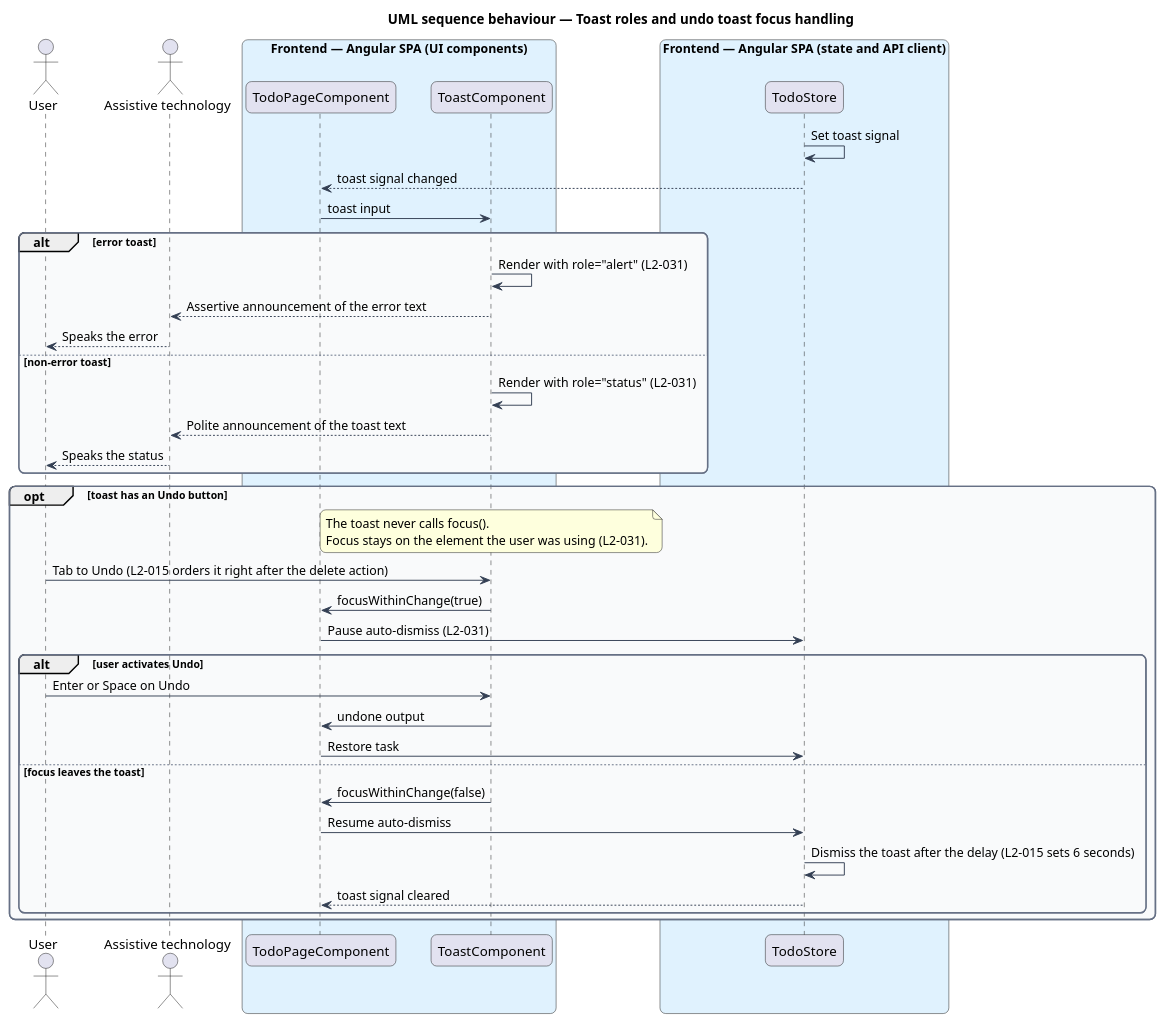
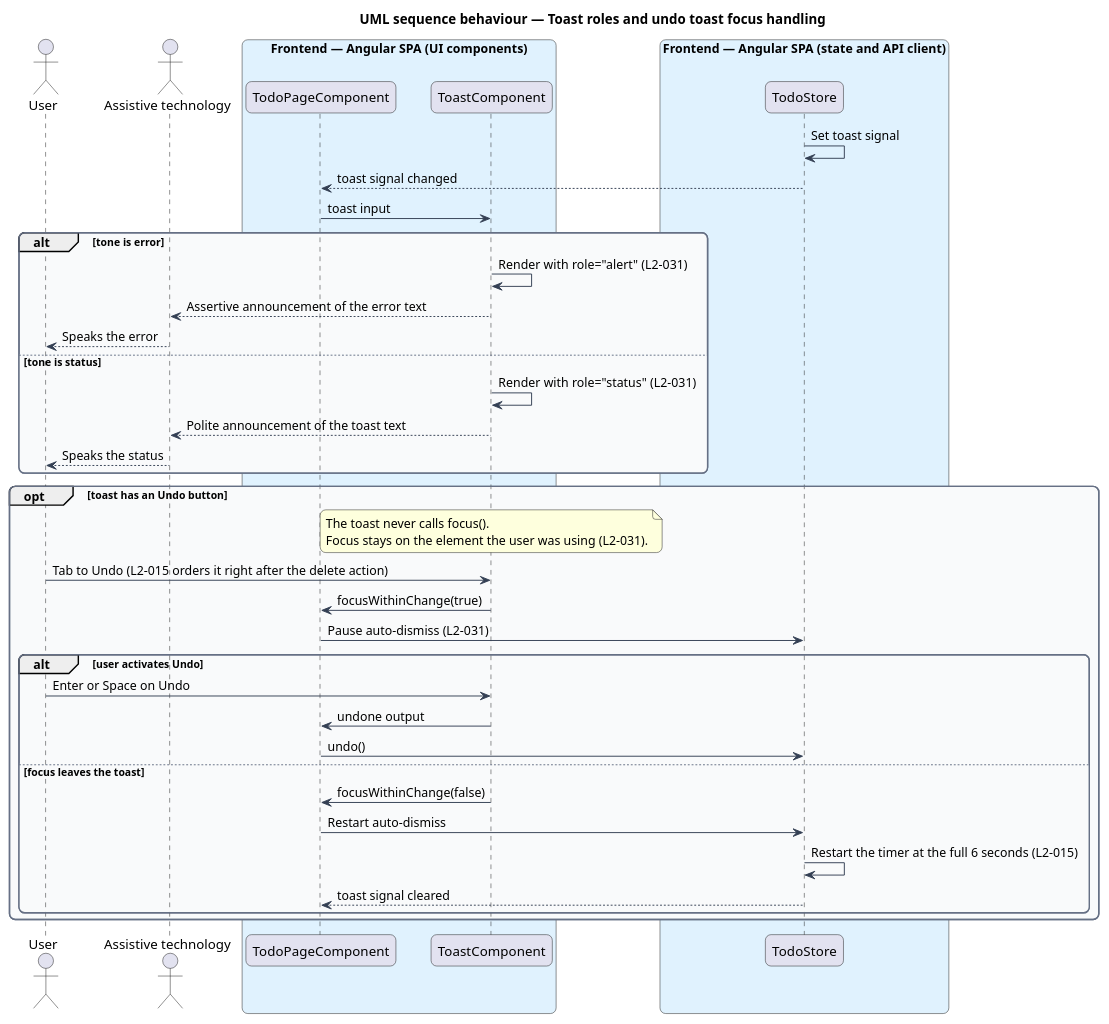
One commit to QuinntyneBrown/php-todo-lab changed the diagram in docs/detailed-designs/interface/accessible-interface/diagrams/sequence-toast-roles-and-focus.puml. Above: the diagram before and after it, drawn with PlantUML. The commit also changed 189 other files, not shown here.

```diff
--- a/docs/detailed-designs/interface/accessible-interface/diagrams/sequence-toast-roles-and-focus.puml
+++ b/docs/detailed-designs/interface/accessible-interface/diagrams/sequence-toast-roles-and-focus.puml
@@ -1,57 +1,57 @@
 @startuml
 title UML sequence behaviour — Toast roles and undo toast focus handling
 skinparam backgroundColor #FFFFFF
 skinparam shadowing false
 skinparam roundcorner 12
 skinparam defaultFontName Arial
 skinparam ArrowColor #344054
 skinparam rectangle {
   BorderColor #344054
   FontColor #101828
 }
 skinparam package {
   BorderColor #667085
   FontColor #101828
   BackgroundColor #F9FAFB
 }
 actor "User" as user
 actor "Assistive technology" as at
 box "Frontend — Angular SPA (UI components)" #E0F2FE
   participant "TodoPageComponent" as page
   participant "ToastComponent" as toast
 end box
 box "Frontend — Angular SPA (state and API client)" #E0F2FE
   participant "TodoStore" as store
 end box
 store -> store : Set toast signal
 store --> page : toast signal changed
 page -> toast : toast input
-alt error toast
+alt tone is error
   toast -> toast : Render with role="alert" (L2-031)
   toast --> at : Assertive announcement of the error text
   at --> user : Speaks the error
-else non-error toast
+else tone is status
   toast -> toast : Render with role="status" (L2-031)
   toast --> at : Polite announcement of the toast text
   at --> user : Speaks the status
 end
 opt toast has an Undo button
   note over toast
     The toast never calls focus().
     Focus stays on the element the user was using (L2-031).
   end note
   user -> toast : Tab to Undo (L2-015 orders it right after the delete action)
   toast -> page : focusWithinChange(true)
   page -> store : Pause auto-dismiss (L2-031)
   alt user activates Undo
     user -> toast : Enter or Space on Undo
     toast -> page : undone output
-    page -> store : Restore task
+    page -> store : undo()
   else focus leaves the toast
     toast -> page : focusWithinChange(false)
-    page -> store : Resume auto-dismiss
-    store -> store : Dismiss the toast after the delay (L2-015 sets 6 seconds)
+    page -> store : Restart auto-dismiss
+    store -> store : Restart the timer at the full 6 seconds (L2-015)
     store --> page : toast signal cleared
   end
 end
 @enduml
```
